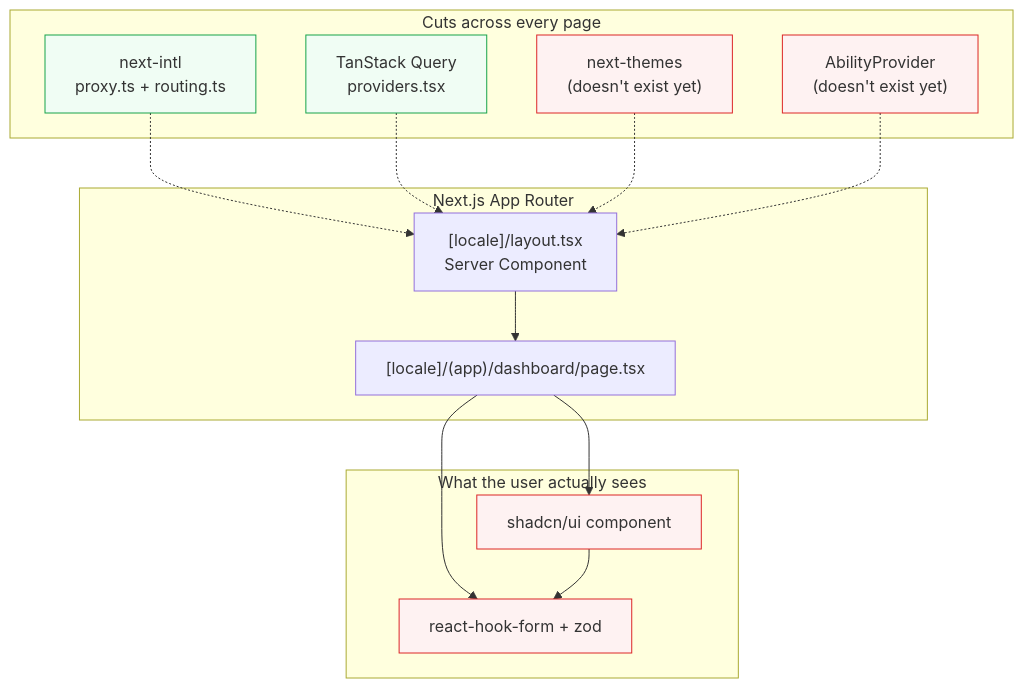
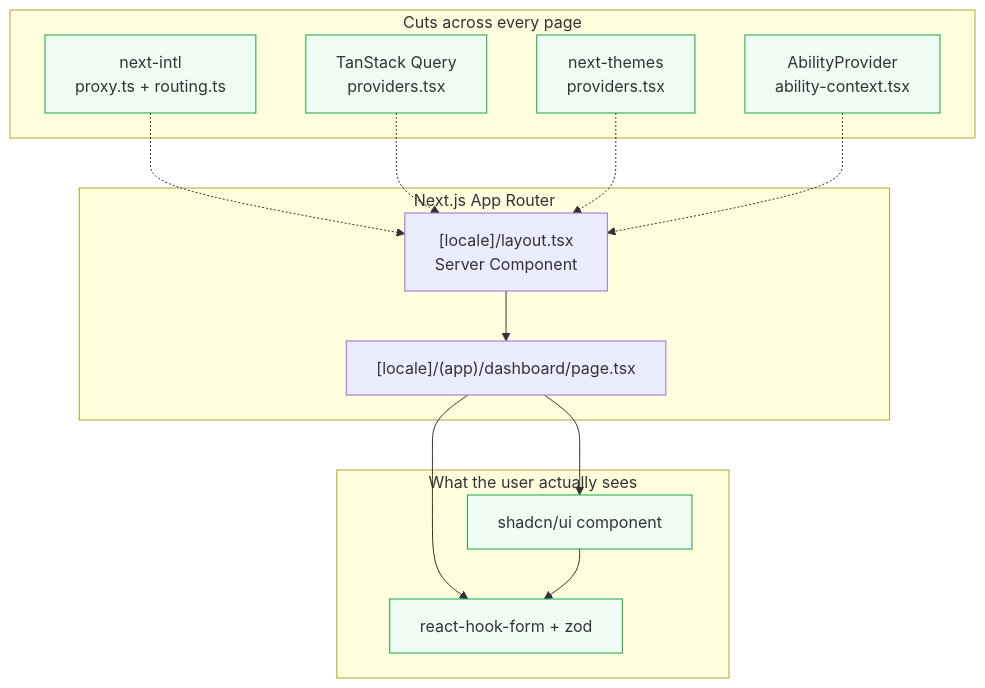
One commit to bk-engineering/app-platform changed the diagram in apps/docs/en/frontend/overview.md. Above: the diagram before and after it, drawn with Mermaid. The commit also changed other lines of this file and 25 other files, not shown here.

````diff
--- a/apps/docs/en/frontend/overview.md
+++ b/apps/docs/en/frontend/overview.md
@@ -29,33 +29,31 @@
 ```mermaid
 flowchart TB
   subgraph Routing["Next.js App Router"]
     L["[locale]/layout.tsx<br/>Server Component"]
     P["[locale]/(app)/dashboard/page.tsx"]
   end
 
   subgraph CrossCutting["Cuts across every page"]
     I18N["next-intl<br/>proxy.ts + routing.ts"]
     Q["TanStack Query<br/>providers.tsx"]
-    TH["next-themes<br/>(doesn't exist yet)"]
-    AB["AbilityProvider<br/>(doesn't exist yet)"]
+    TH["next-themes<br/>providers.tsx"]
+    AB["AbilityProvider<br/>ability-context.tsx"]
   end
 
   subgraph Leaf["What the user actually sees"]
     UI["shadcn/ui component"]
     FORM["react-hook-form + zod"]
   end
 
   L --> P
   I18N -.-> L
   Q -.-> L
   TH -.-> L
   AB -.-> L
   P --> UI
   P --> FORM
   UI --> FORM
 
   classDef done fill:#f0fdf4,stroke:#16a34a
-  classDef todo fill:#fef2f2,stroke:#dc2626
-  class I18N,Q done
-  class TH,AB,UI,FORM todo
+  class I18N,Q,TH,AB,UI,FORM done
 ```
````
